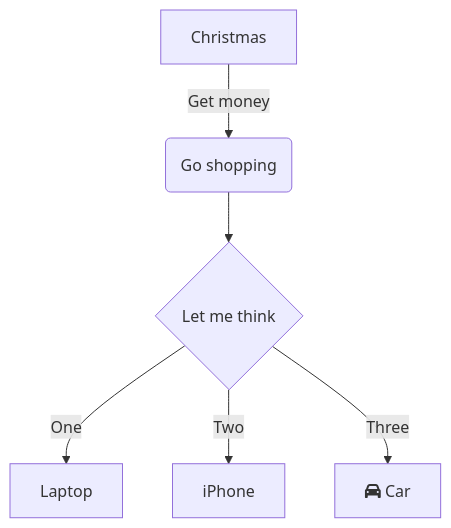
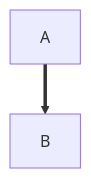
Before and after one commit to k-marx1/obsidian: the diagram in Техническая термодинамика в химической технологии/shpora.md, drawn with Mermaid.

Commit message:
vault backup: 2025-12-21 17:55:56

````diff
--- a/Техническая термодинамика в химической технологии/shpora.md
+++ b/Техническая термодинамика в химической технологии/shpora.md
@@ -2,12 +2,8 @@
 ```mermaid
 ---
 config:
-  theme: dark
+  theme: 'dark'
 ---
 flowchart TD
-    A[Christmas] -->|Get money| B(Go shopping)
-    B --> C{Let me think}
-    C -->|One| D[Laptop]
-    C -->|Two| E[iPhone]
-    C -->|Three| F[fa:fa-car Car]
+    A ==> B
 ```
````
